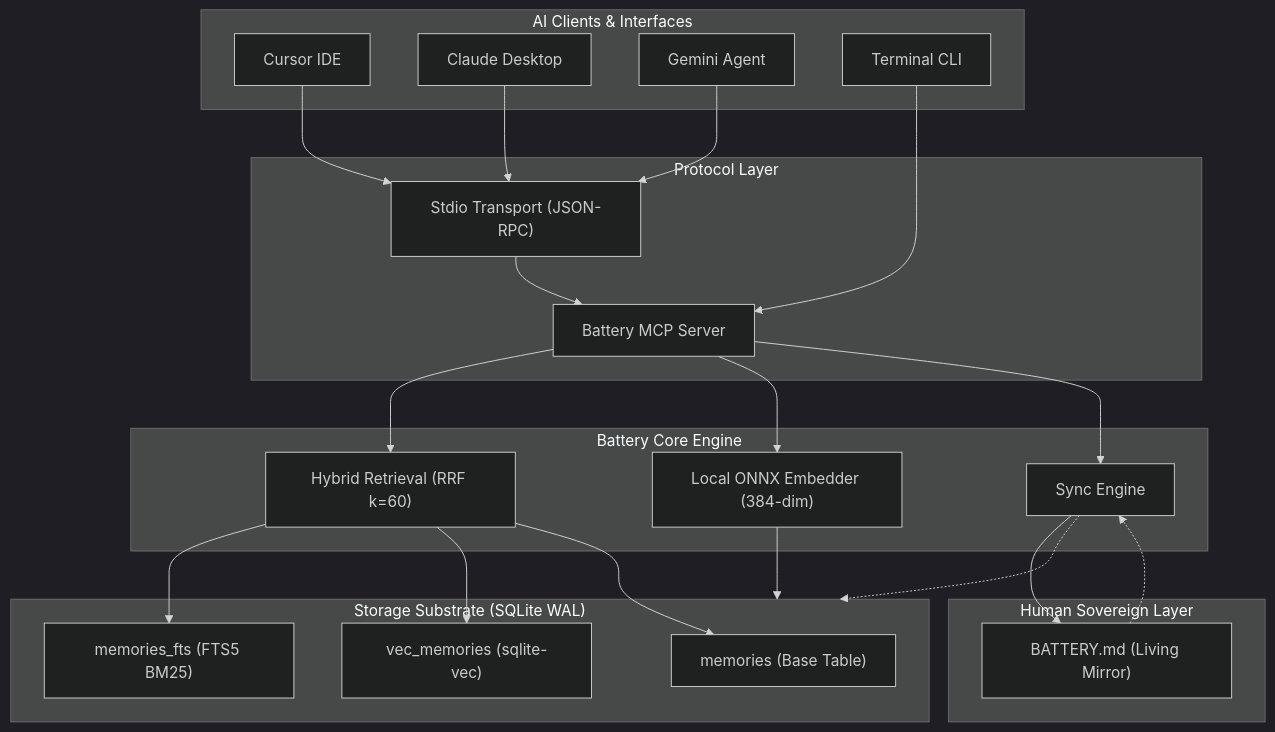
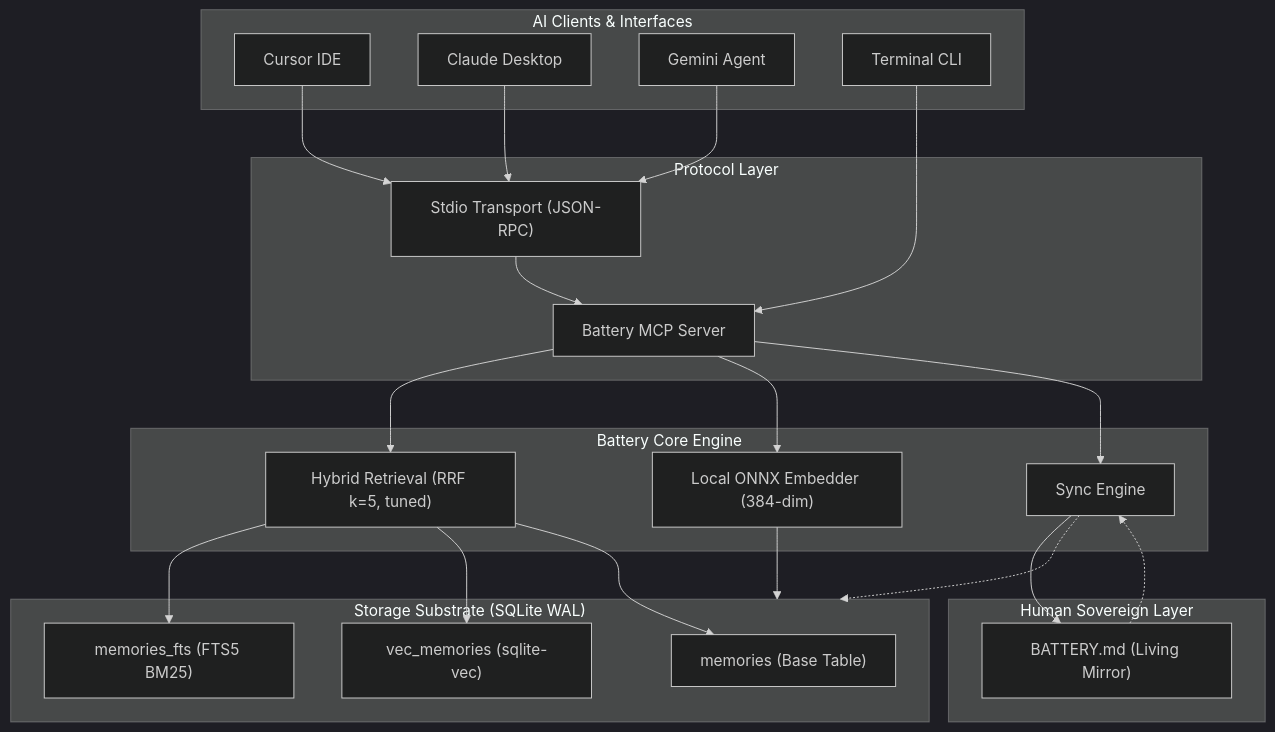
One commit to DTiapan/battery changed the diagram in README.md. Above: the diagram before and after it, drawn with Mermaid (dark theme). The commit also changed other lines of this file and 8 other files, not shown here.

````diff
--- a/README.md
+++ b/README.md
@@ -74,49 +74,49 @@
 ```mermaid
 flowchart TD
     subgraph Clients["AI Clients & Interfaces"]
         Cursor["Cursor IDE"]
         Claude["Claude Desktop"]
         Gemini["Gemini Agent"]
         CLI["Terminal CLI"]
     end
 
     subgraph Protocol["Protocol Layer"]
         Stdio["Stdio Transport (JSON-RPC)"]
         MCPServer["Battery MCP Server"]
     end
 
     subgraph Engine["Battery Core Engine"]
-        Retriever["Hybrid Retrieval (RRF k=60)"]
+        Retriever["Hybrid Retrieval (RRF k=5, tuned)"]
         Embedder["Local ONNX Embedder (384-dim)"]
         SyncEngine["Sync Engine"]
     end
 
     subgraph Storage["Storage Substrate (SQLite WAL)"]
         MemTable["memories (Base Table)"]
         FTS5Table["memories_fts (FTS5 BM25)"]
         VecTable["vec_memories (sqlite-vec)"]
     end
 
     subgraph Mirror["Human Sovereign Layer"]
         MDFile["BATTERY.md (Living Mirror)"]
     end
 
     Cursor --> Stdio
     Claude --> Stdio
     Gemini --> Stdio
     CLI --> MCPServer
     Stdio --> MCPServer
 
     MCPServer --> Retriever
     MCPServer --> Embedder
     Embedder --> Storage
 
     Retriever --> FTS5Table
     Retriever --> VecTable
     Retriever --> MemTable
 
     MCPServer --> SyncEngine
     SyncEngine --> MDFile
     MDFile -.-> SyncEngine
     SyncEngine -.-> Storage
 ```
````
